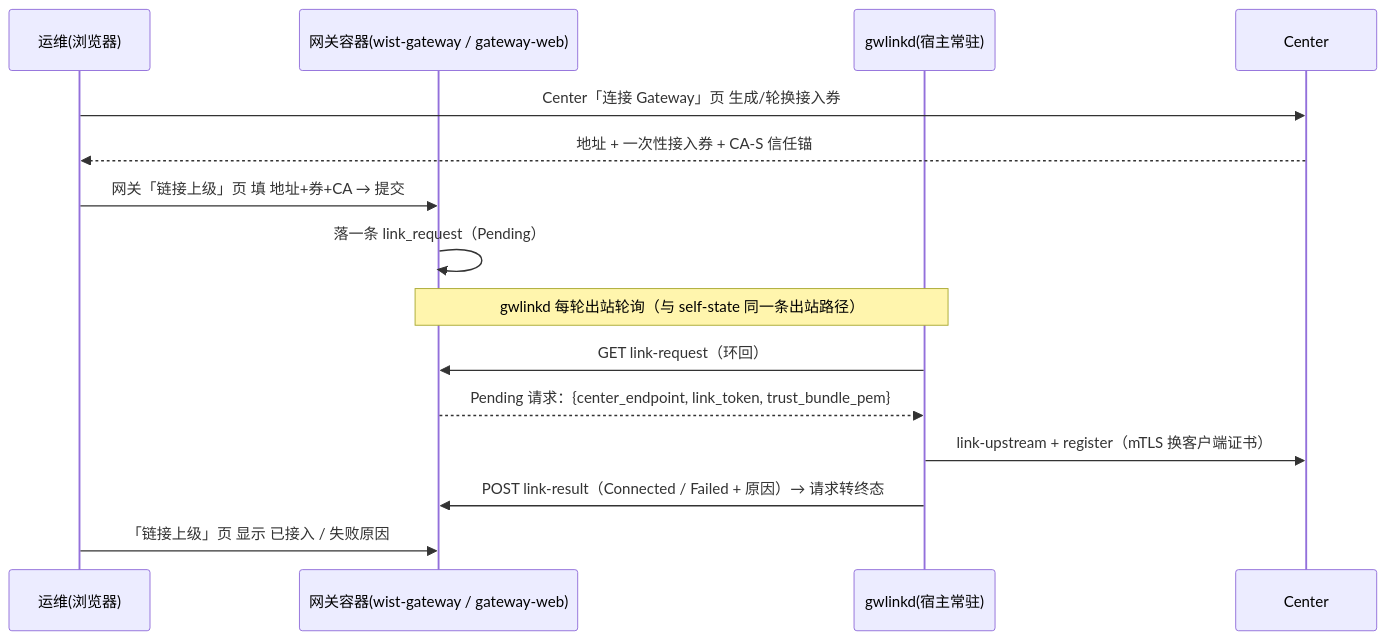
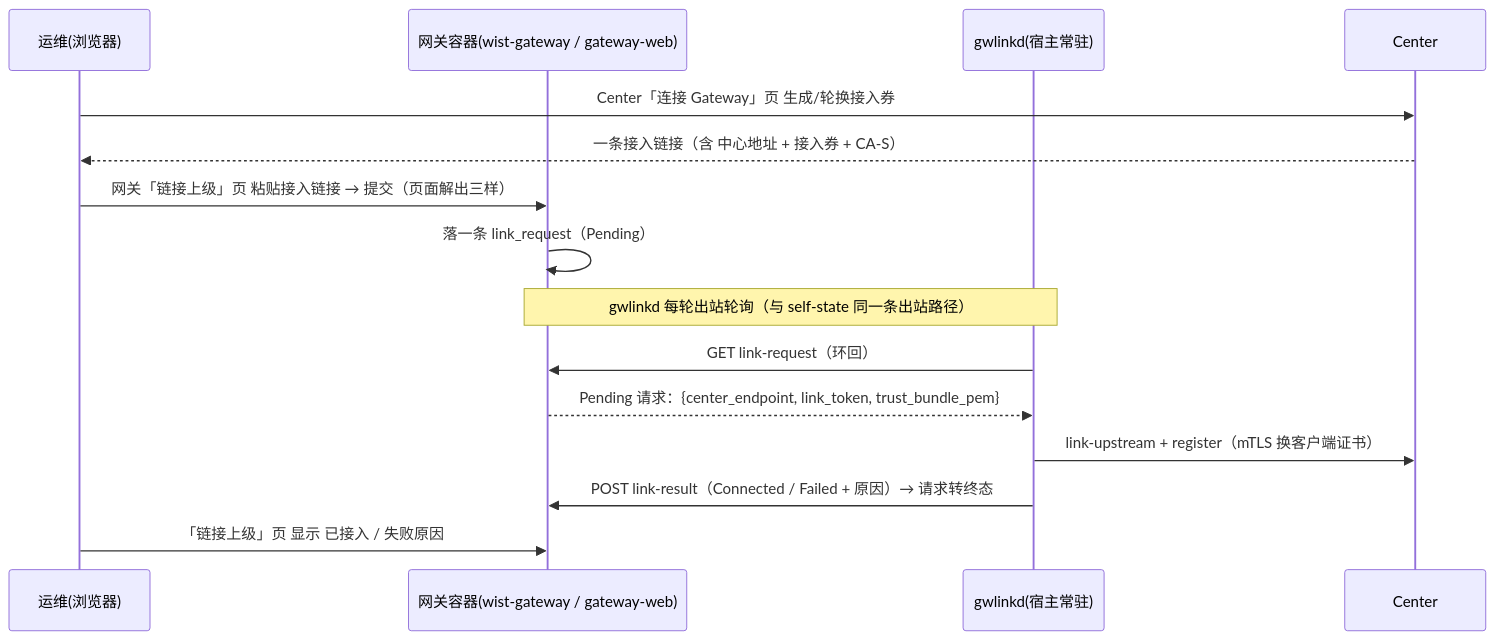
Before and after one commit to dayu-sec/wist-design: the diagram in doc/design/edge/gateway-onboard-request.md, drawn with Mermaid. The commit also changed other lines of this file, not shown here.

Commit message:
design: 页面发起接入 —— 接入物收敛为一条 URL（§3 时序/决策）

````diff
--- a/doc/design/edge/gateway-onboard-request.md
+++ b/doc/design/edge/gateway-onboard-request.md
@@ -30,18 +30,18 @@
 ```mermaid
 sequenceDiagram
     participant OP as 运维(浏览器)
     participant GW as 网关容器(wist-gateway / gateway-web)
     participant LD as gwlinkd(宿主常驻)
     participant C as Center
 
     OP->>C: Center「连接 Gateway」页 生成/轮换接入券
-    C-->>OP: 地址 + 一次性接入券 + CA-S 信任锚
-    OP->>GW: 网关「链接上级」页 填 地址+券+CA → 提交
+    C-->>OP: 一条接入链接（含 中心地址 + 接入券 + CA-S）
+    OP->>GW: 网关「链接上级」页 粘贴接入链接 → 提交（页面解出三样）
     GW->>GW: 落一条 link_request（Pending）
     Note over LD,GW: gwlinkd 每轮出站轮询（与 self-state 同一条出站路径）
     LD->>GW: GET link-request（环回）
     GW-->>LD: Pending 请求：{center_endpoint, link_token, trust_bundle_pem}
     LD->>C: link-upstream + register（mTLS 换客户端证书）
     LD->>GW: POST link-result（Connected / Failed + 原因）→ 请求转终态
     OP->>GW: 「链接上级」页 显示 已接入 / 失败原因
 ```
````
